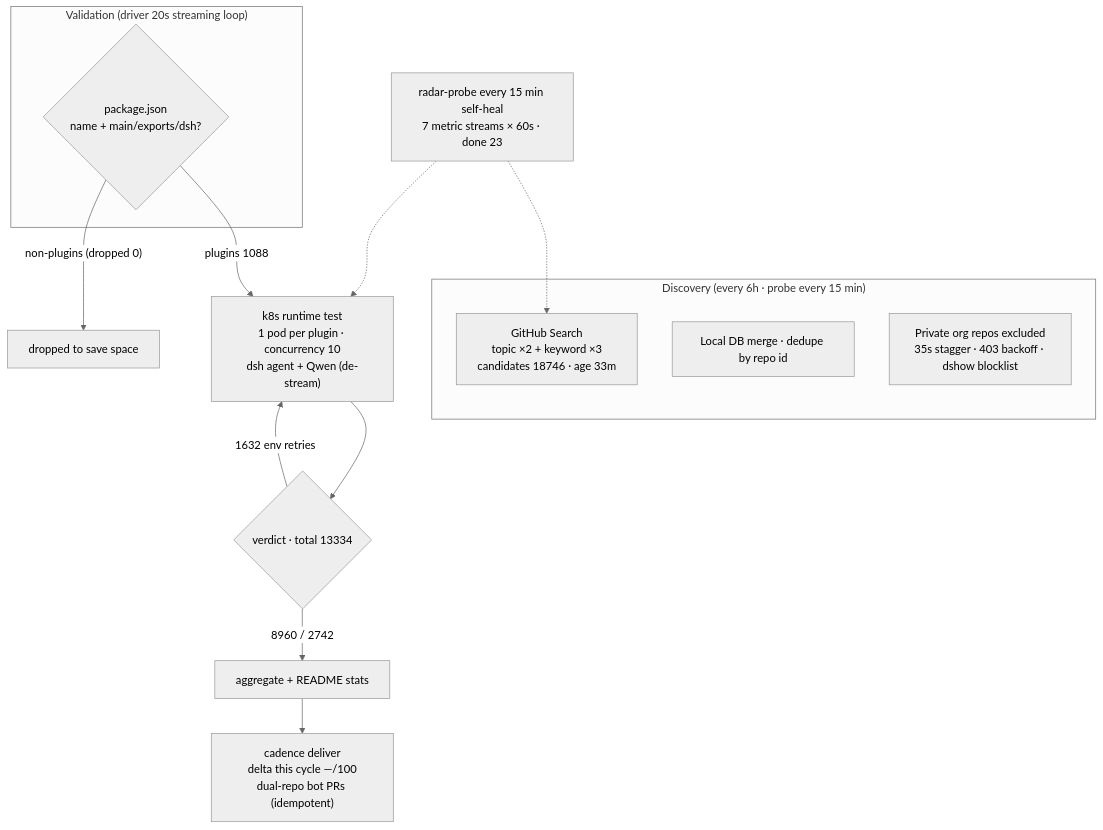
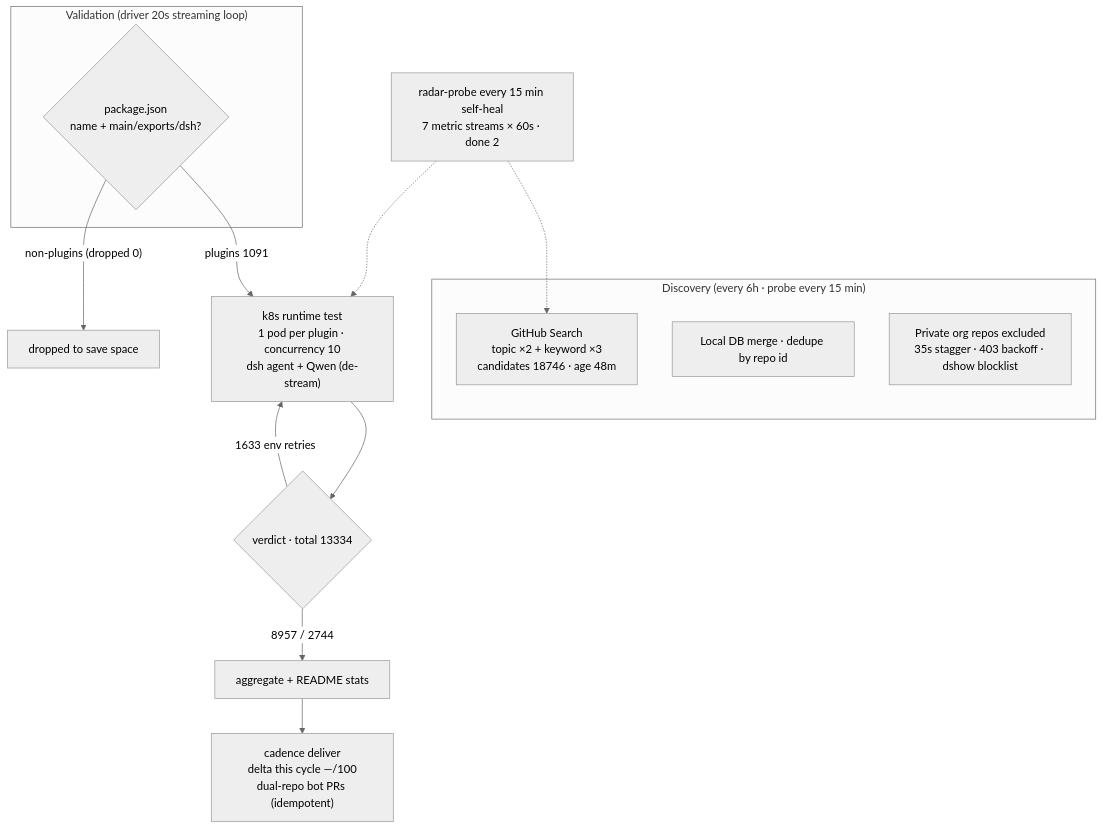
Before and after one commit to AdamPlatin123/dsh-plugin-radar: the diagram in README.en-US.md, drawn with Mermaid (neutral theme). The commit also changed other lines of this file and 9 other files, not shown here.

````diff
--- a/README.en-US.md
+++ b/README.en-US.md
@@ -45,20 +45,20 @@
 ```mermaid
 flowchart TB
     subgraph Discovery["Discovery (every 6h · probe every 15 min)"]
-        A1["GitHub Search<br/>topic ×2 + keyword ×3<br/>candidates 18746 · age 33m"]
+        A1["GitHub Search<br/>topic ×2 + keyword ×3<br/>candidates 18746 · age 48m"]
         A2["Local DB merge · dedupe by repo id"]
         A3["Private org repos excluded<br/>35s stagger · 403 backoff · dshow blocklist"]
     end
     subgraph Validation["Validation (driver 20s streaming loop)"]
         B1{"package.json<br/>name + main/exports/dsh?"}
     end
-    B1 -->|"plugins 1088"| C1["k8s runtime test<br/>1 pod per plugin · concurrency 10<br/>dsh agent + Qwen (de-stream)"]
+    B1 -->|"plugins 1091"| C1["k8s runtime test<br/>1 pod per plugin · concurrency 10<br/>dsh agent + Qwen (de-stream)"]
     B1 -->|"non-plugins (dropped 0)"| B3["dropped to save space"]
     C1 --> D1{"verdict · total 13334"}
-    D1 -->|"8960 / 2742"| E1["aggregate + README stats"]
-    D1 -->|"1632 env retries"| C1
+    D1 -->|"8957 / 2744"| E1["aggregate + README stats"]
+    D1 -->|"1633 env retries"| C1
     E1 --> E2["cadence deliver<br/>delta this cycle —/100<br/>dual-repo bot PRs (idempotent)"]
-    M["radar-probe every 15 min self-heal<br/>7 metric streams × 60s · done 23"]
+    M["radar-probe every 15 min self-heal<br/>7 metric streams × 60s · done 2"]
     M -.-> A1
     M -.-> C1
 ```
````
